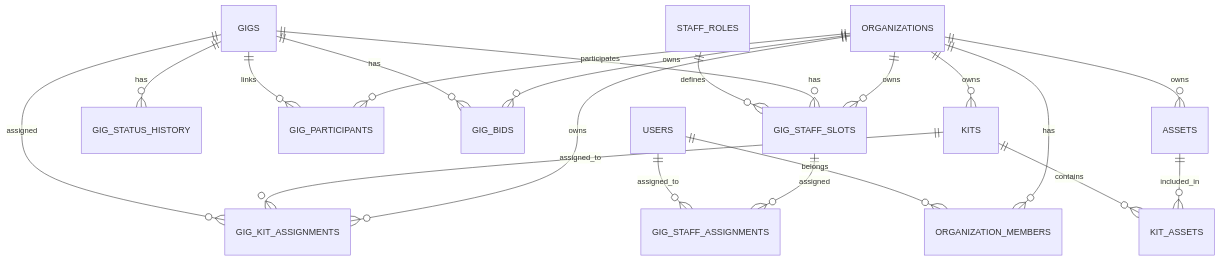
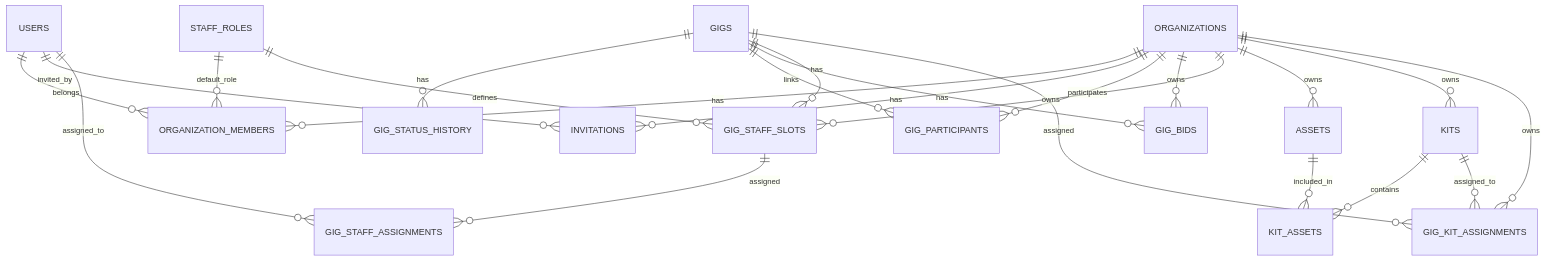
One commit to corourke/GigManager changed the diagram in docs/technical/database.md. Above: the diagram before and after it, drawn with Mermaid. The commit also changed other lines of this file and 4 other files, not shown here.

````diff
--- a/docs/technical/database.md
+++ b/docs/technical/database.md
@@ -93,31 +93,34 @@
 ```mermaid
 erDiagram
   %% Core organizational structure
   USERS ||--o{ ORGANIZATION_MEMBERS : belongs
   ORGANIZATIONS ||--o{ ORGANIZATION_MEMBERS : has
+  ORGANIZATIONS ||--o{ INVITATIONS : has
+  USERS ||--o{ INVITATIONS : invited_by
+  STAFF_ROLES ||--o{ ORGANIZATION_MEMBERS : default_role
 
   %% Gig management and participation
   GIGS ||--o{ GIG_STATUS_HISTORY : has
   GIGS ||--o{ GIG_PARTICIPANTS : links
   ORGANIZATIONS ||--o{ GIG_PARTICIPANTS : participates
 
   %% Bid management
   GIGS ||--o{ GIG_BIDS : has
   ORGANIZATIONS ||--o{ GIG_BIDS : owns
 
   %% Staff management
   USERS ||--o{ GIG_STAFF_ASSIGNMENTS : assigned_to
   STAFF_ROLES ||--o{ GIG_STAFF_SLOTS : defines
   GIGS ||--o{ GIG_STAFF_SLOTS : has
   ORGANIZATIONS ||--o{ GIG_STAFF_SLOTS : owns
   GIG_STAFF_SLOTS ||--o{ GIG_STAFF_ASSIGNMENTS : assigned
 
   %% Equipment management
   ORGANIZATIONS ||--o{ ASSETS : owns
   ORGANIZATIONS ||--o{ KITS : owns
   KITS ||--o{ KIT_ASSETS : contains
   ASSETS ||--o{ KIT_ASSETS : included_in
   GIGS ||--o{ GIG_KIT_ASSIGNMENTS : assigned
   KITS ||--o{ GIG_KIT_ASSIGNMENTS : assigned_to
   ORGANIZATIONS ||--o{ GIG_KIT_ASSIGNMENTS : owns
 ```
````
